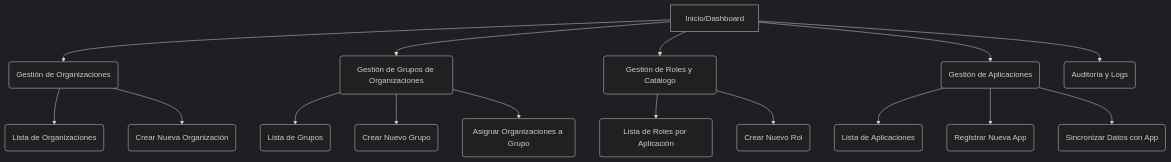
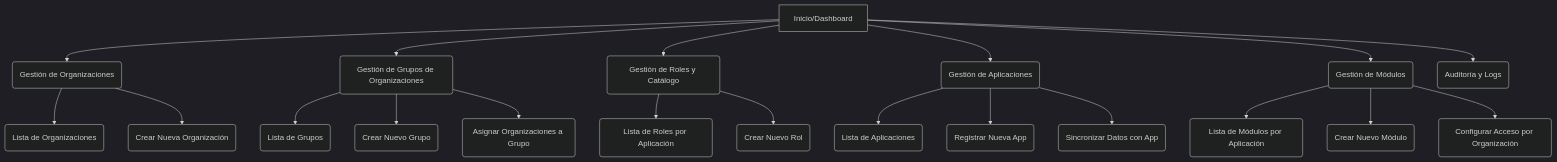
Before and after one commit to malbert-infoport/AI4Devs: the seventh of 7 diagrams in 01-Descripción general del Producto.md, drawn with Mermaid (dark theme). The commit also changed other lines of this file and 1 other file, not shown here.

Commit message:
Se actualiza la entidad módulos

````diff
--- a/01-Descripción general del Producto.md
+++ b/01-Descripción general del Producto.md
@@ -579,22 +666,27 @@
 ```mermaid
 graph TD
     A[Inicio/Dashboard] --> B(Gestión de Organizaciones)
     A --> F(Gestión de Grupos de Organizaciones)
     A --> C(Gestión de Roles y Catálogo)
     A --> D(Gestión de Aplicaciones)
+    A --> G(Gestión de Módulos)
     A --> E(Auditoría y Logs)
     
     B --> B1(Lista de Organizaciones)
     B --> B2(Crear Nueva Organización)
     
     F --> F1(Lista de Grupos)
     F --> F2(Crear Nuevo Grupo)
     F --> F3(Asignar Organizaciones a Grupo)
     
     C --> C1(Lista de Roles por Aplicación)
     C --> C2(Crear Nuevo Rol)
     
     D --> D1(Lista de Aplicaciones)
     D --> D2(Registrar Nueva App)
     D --> D3(Sincronizar Datos con App)
+    
+    G --> G1(Lista de Módulos por Aplicación)
+    G --> G2(Crear Nuevo Módulo)
+    G --> G3(Configurar Acceso por Organización)
 ```
````
